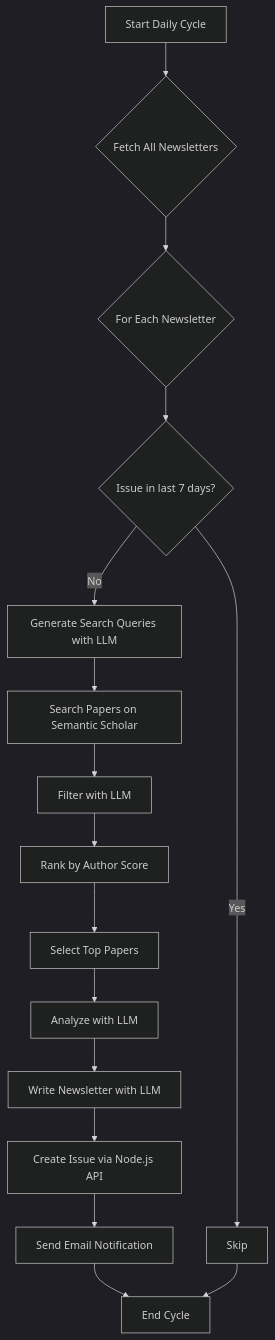
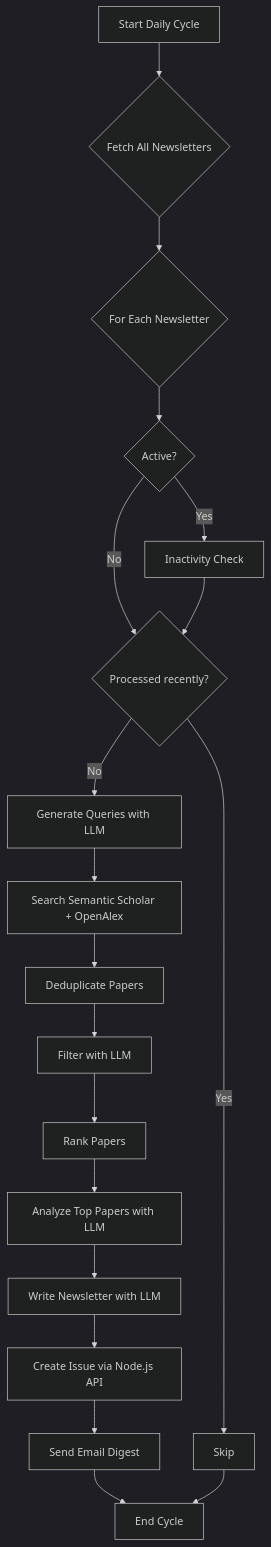
Before and after one commit to AbdoulayeDiop/my-research-digest: the diagram in docs/backend-python.md, drawn with Mermaid (dark theme). The commit also changed other lines of this file and 3 other files, not shown here.

````diff
--- a/docs/backend-python.md
+++ b/docs/backend-python.md
@@ -25,18 +29,21 @@
 ```mermaid
 graph TD
     A[Start Daily Cycle] --> B{Fetch All Newsletters};
     B --> C{For Each Newsletter};
-    C --> D{Issue in last 7 days?};
-    D -- Yes --> E[Skip];
-    D -- No --> F[Generate Search Queries with LLM];
-    F --> G[Search Papers on Semantic Scholar];
-    G --> H[Filter with LLM];
-    H --> I[Rank by Author Score];
-    I --> J[Select Top Papers];
-    J --> K[Analyze with LLM];
-    K --> L[Write Newsletter with LLM];
-    L --> M[Create Issue via Node.js API];
-    M --> N[Send Email Notification];
-    N --> O[End Cycle];
-    E --> O;
+    C --> D{Active?};
+    D -- Yes --> E[Inactivity Check];
+    D -- No --> F{Processed recently?};
+    E --> F;
+    F -- Yes --> G[Skip];
+    F -- No --> H[Generate Queries with LLM];
+    H --> I[Search Semantic Scholar + OpenAlex];
+    I --> J[Deduplicate Papers];
+    J --> K[Filter with LLM];
+    K --> L[Rank Papers];
+    L --> M[Analyze Top Papers with LLM];
+    M --> N[Write Newsletter with LLM];
+    N --> O[Create Issue via Node.js API];
+    O --> P[Send Email Digest];
+    P --> Q[End Cycle];
+    G --> Q;
 ```
````
